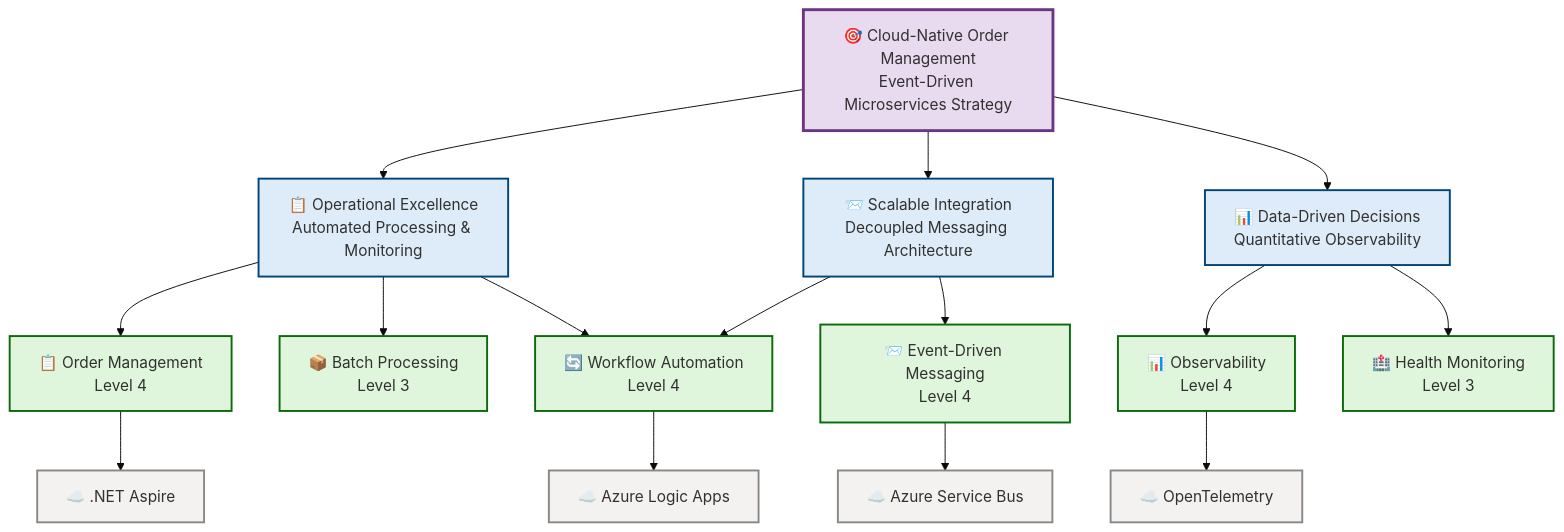
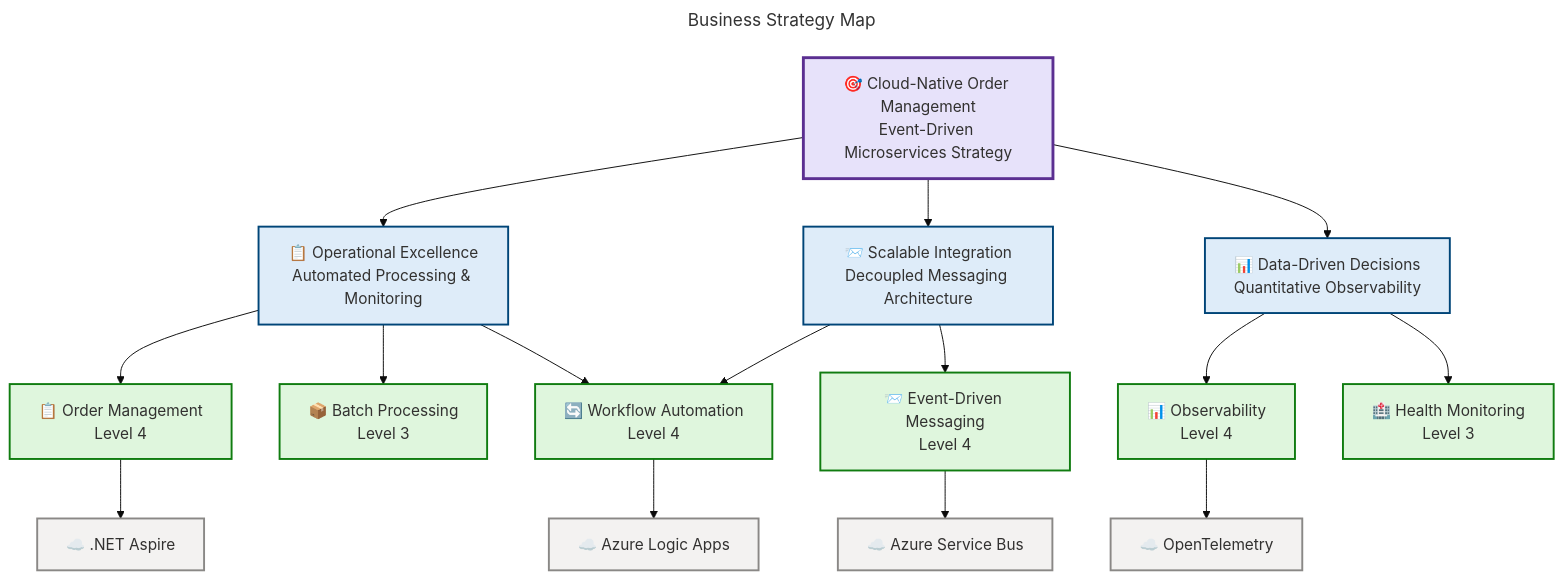
One commit to Evilazaro/Azure-LogicApps-Monitoring changed the first of 13 diagrams in docs/architecture/Business-Layer-Architecture.md. Above: the diagram before and after it, drawn with Mermaid. The commit also changed other lines of this file, not shown here.

Commit message:
docs: update mermaid diagrams for improved clarity and consistency in Business Architecture documentation

````diff
--- a/docs/architecture/Business-Layer-Architecture.md
+++ b/docs/architecture/Business-Layer-Architecture.md
@@ -53,60 +53,63 @@
 ```mermaid
 ---
+title: "Business Strategy Map"
 config:
   theme: base
+  themeVariables:
+    fontSize: '16px'
 ---
 graph TB
     accTitle: Business Strategy Map
     accDescr: Shows strategic alignment from business vision through strategic pillars to enabling capabilities and supporting technologies
 
     %% ═══════════════════════════════════════════════════════════════
     %% AZURE / FLUENT ARCHITECTURE PATTERN v1.1
     %% Generated: 2026-02-18T10:30:00Z
     %% Layer: Business
     %% Components: 12
     %% Semantic classes: 4/5 used (vision, pillar, capability, tech)
     %% ═══════════════════════════════════════════════════════════════
 
     vision["🎯 Cloud-Native Order Management<br/>Event-Driven Microservices Strategy"]
 
     pillar1["📋 Operational Excellence<br/>Automated Processing & Monitoring"]
     pillar2["📨 Scalable Integration<br/>Decoupled Messaging Architecture"]
     pillar3["📊 Data-Driven Decisions<br/>Quantitative Observability"]
 
     cap1["📋 Order Management<br/>Level 4"]
     cap2["📦 Batch Processing<br/>Level 3"]
     cap3["📨 Event-Driven Messaging<br/>Level 4"]
     cap4["🔄 Workflow Automation<br/>Level 4"]
     cap5["📊 Observability<br/>Level 4"]
     cap6["🏥 Health Monitoring<br/>Level 3"]
 
     tech1["☁️ .NET Aspire"]
     tech2["☁️ Azure Service Bus"]
     tech3["☁️ Azure Logic Apps"]
     tech4["☁️ OpenTelemetry"]
 
     vision --> pillar1
     vision --> pillar2
     vision --> pillar3
     pillar1 --> cap1
     pillar1 --> cap2
     pillar1 --> cap4
     pillar2 --> cap3
     pillar2 --> cap4
     pillar3 --> cap5
     pillar3 --> cap6
     cap1 --> tech1
     cap3 --> tech2
     cap4 --> tech3
     cap5 --> tech4
 
-    classDef visionStyle fill:#E8DAEF,stroke:#6C3483,stroke-width:3px,color:#323130
+    classDef visionStyle fill:#E7E2FA,stroke:#5B2F91,stroke-width:3px,color:#323130
     classDef pillarStyle fill:#DEECF9,stroke:#004578,stroke-width:2px,color:#323130
-    classDef capStyle fill:#DFF6DD,stroke:#0B6A0B,stroke-width:2px,color:#323130
+    classDef capStyle fill:#DFF6DD,stroke:#107C10,stroke-width:2px,color:#323130
     classDef techStyle fill:#F3F2F1,stroke:#8A8886,stroke-width:2px,color:#323130
 
     class vision visionStyle
     class pillar1,pillar2,pillar3 pillarStyle
     class cap1,cap2,cap3,cap4,cap5,cap6 capStyle
     class tech1,tech2,tech3,tech4 techStyle
 ```
````
